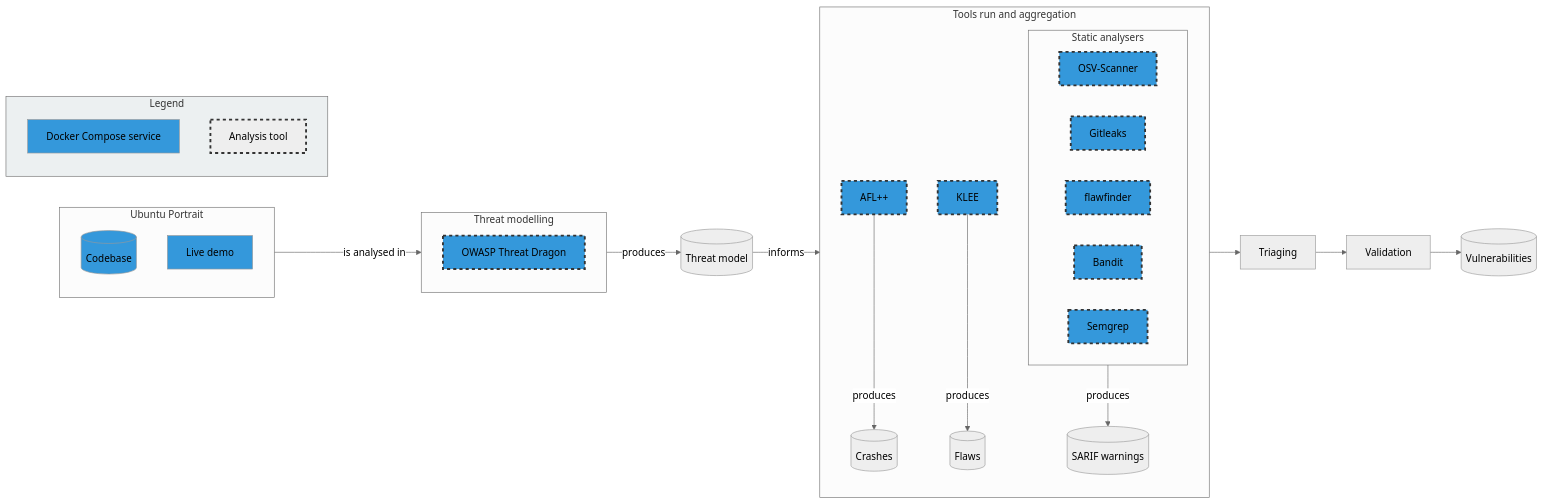
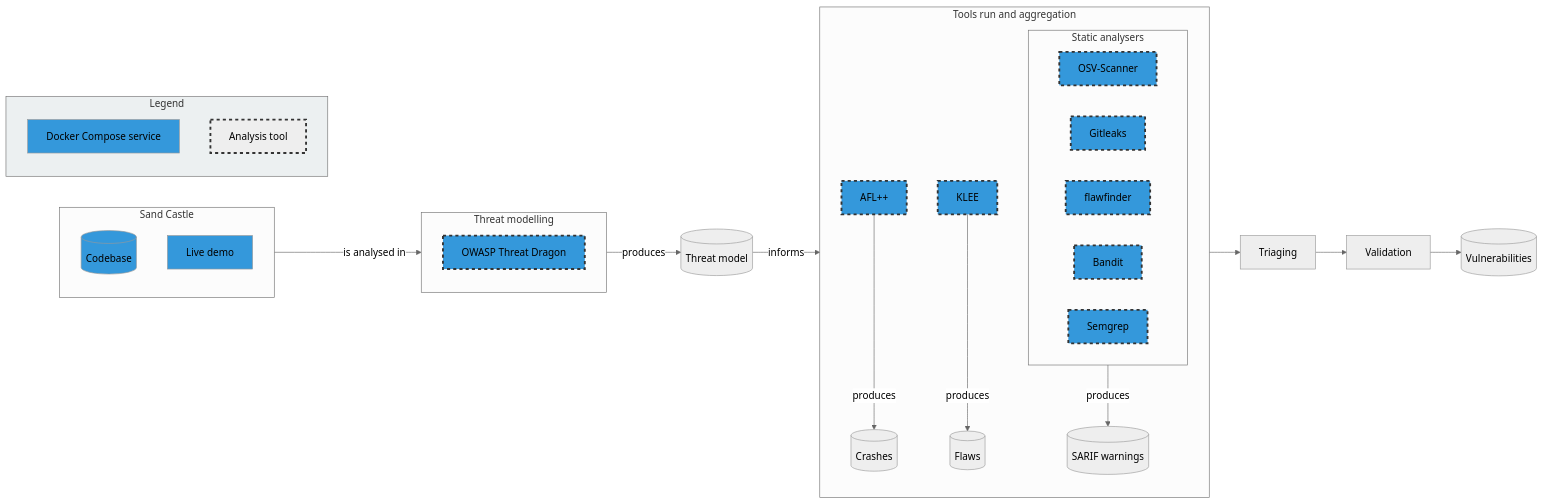
The diagram in diagrams/projects/analysis-infra.mmd (iosifache/ossfortress), drawn with Mermaid before and after one commit. The commit also changed 53 other files, not shown here.

Commit message:
Renames the vulnerable codebase from Ubuntu Portrait to Sand Castle

```diff
--- a/diagrams/projects/analysis-infra.mmd
+++ b/diagrams/projects/analysis-infra.mmd
@@ -1,63 +1,63 @@
 %%{init: {"theme": "neutral", "flowchart": {"htmlLabels": true}}}%%
 
 flowchart LR
 
 %% Class definition
 
 classDef service fill:#3498db
 classDef tool-service fill:#3498db,stroke:#333,stroke-width:3px,stroke-dasharray: 5 5
 classDef tool stroke:#333,stroke-width:3px,stroke-dasharray: 5 5
 classDef legend fill:#ecf0f1
 
 %% Objects
 
-subgraph portrait[Ubuntu Portrait]
-    portrait-codebase[(Codebase)]:::service
-    portrait-demo[Live demo]:::service
+subgraph sandcastle[Sand Castle]
+    sandcastle-codebase[(Codebase)]:::service
+    sandcastle-demo[Live demo]:::service
 end
 
 subgraph threat-modelling[Threat modelling]
     dragon[OWASP Threat Dragon]:::tool-service
 end
 
 threat-model[(Threat model)]
 
 threat-modelling -->|produces| threat-model
 
-portrait -->|is analysed in| threat-modelling
+sandcastle -->|is analysed in| threat-modelling
 
 subgraph tool_run[Tools run and aggregation]
     subgraph static-analysers[Static analysers]
         osv-scanner[OSV-Scanner]:::tool-service
         gitleaks[Gitleaks]:::tool-service
         flawfinder[flawfinder]:::tool-service
         bandit[Bandit]:::tool-service
         Semgrep[Semgrep]:::tool-service
     end
 
     class static-analysers service
 
     sast-warnings[(SARIF warnings)]
     crashes[(Crashes)]
     flaws[(Flaws)]
     aflplusplus[AFL++]:::tool-service
     klee[KLEE]:::tool-service
 
     static-analysers -->|produces| sast-warnings
     aflplusplus -->|produces| crashes
     klee[KLEE]:::tool-service -->|produces| flaws
 end
 
 triaging[Triaging]
 validation[Validation]
 vulnerabilities[(Vulnerabilities)]
 
 threat-model -->|informs| tool_run
 tool_run --> triaging --> validation --> vulnerabilities
 
 subgraph legend[Legend]
     service[Docker Compose service]:::service
     tool[Analysis tool]:::tool
 end
 
 class legend legend
```
